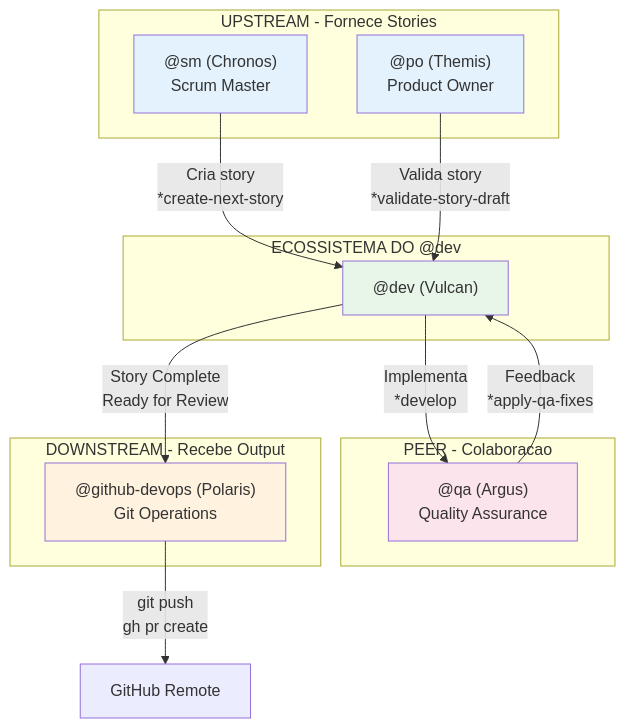
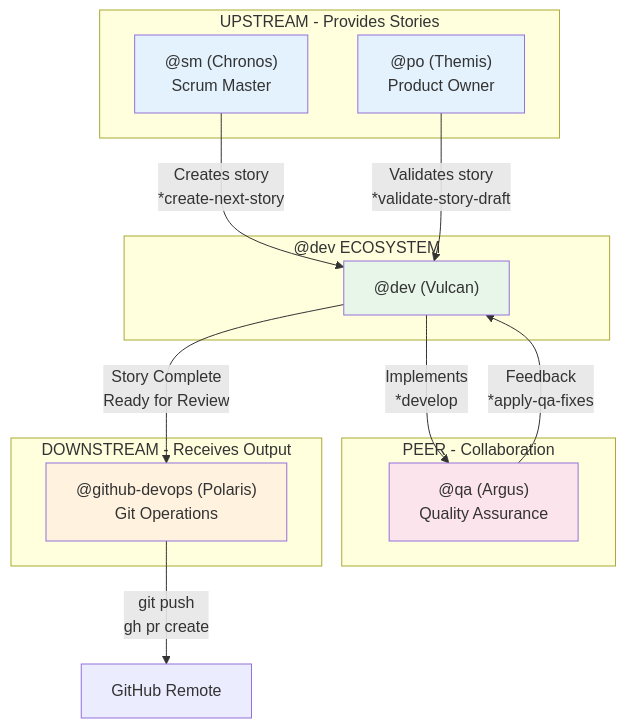
Before and after one commit to CyryxLabs/AEXOS: the fourth of 4 diagrams in docs/aexos-agent-flows/dev-system.md, drawn with Mermaid. The commit also changed other lines of this file and 528 other files, not shown here.

````diff
--- a/docs/aexos-agent-flows/dev-system.md
+++ b/docs/aexos-agent-flows/dev-system.md
@@ -304,34 +304,34 @@
 ```mermaid
 flowchart TB
-    subgraph DEV_ECOSYSTEM["ECOSSISTEMA DO @dev"]
+    subgraph DEV_ECOSYSTEM["@dev ECOSYSTEM"]
         DEV["@dev (Vulcan)"]
     end
 
-    subgraph UPSTREAM["UPSTREAM - Fornece Stories"]
+    subgraph UPSTREAM["UPSTREAM - Provides Stories"]
         SM["@sm (Chronos)<br/>Scrum Master"]
         PO["@po (Themis)<br/>Product Owner"]
     end
 
-    subgraph PEER["PEER - Colaboracao"]
+    subgraph PEER["PEER - Collaboration"]
         QA["@qa (Argus)<br/>Quality Assurance"]
     end
 
-    subgraph DOWNSTREAM["DOWNSTREAM - Recebe Output"]
+    subgraph DOWNSTREAM["DOWNSTREAM - Receives Output"]
         GHDEVOPS["@github-devops (Polaris)<br/>Git Operations"]
     end
 
-    SM -->|"Cria story<br/>*create-next-story"| DEV
-    PO -->|"Valida story<br/>*validate-story-draft"| DEV
+    SM -->|"Creates story<br/>*create-next-story"| DEV
+    PO -->|"Validates story<br/>*validate-story-draft"| DEV
 
-    DEV -->|"Implementa<br/>*develop"| QA
+    DEV -->|"Implements<br/>*develop"| QA
     QA -->|"Feedback<br/>*apply-qa-fixes"| DEV
 
     DEV -->|"Story Complete<br/>Ready for Review"| GHDEVOPS
     GHDEVOPS -->|"git push<br/>gh pr create"| REMOTE["GitHub Remote"]
 
     style DEV fill:#e8f5e9
     style SM fill:#e3f2fd
     style PO fill:#e3f2fd
     style QA fill:#fce4ec
     style GHDEVOPS fill:#fff3e0
 ```
````
